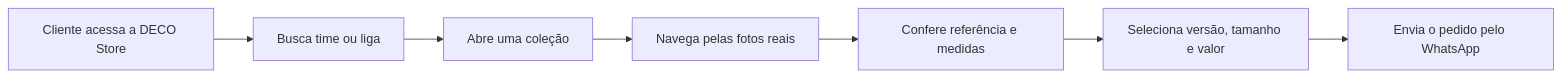
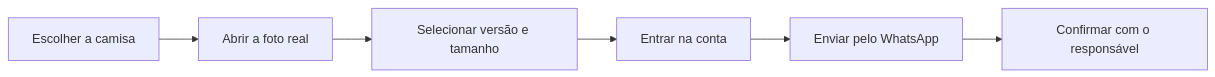
The diagram in README.md (Victor-Hugo-A/deco-store), drawn with Mermaid before and after one commit. The commit also changed other lines of this file, not shown here.

Commit message:
Fix: README atualizado conforme os ajustes do app

````diff
--- a/README.md
+++ b/README.md
@@ -40,9 +45,8 @@
 ```mermaid
 flowchart LR
-  A[Cliente acessa a DECO Store] --> B[Busca time ou liga]
-  B --> C[Abre uma coleção]
-  C --> D[Navega pelas fotos reais]
-  D --> E[Confere referência e medidas]
-  E --> F[Seleciona versão, tamanho e valor]
-  F --> G[Envia o pedido pelo WhatsApp]
+  A[Escolher a camisa] --> B[Abrir a foto real]
+  B --> C[Selecionar versão e tamanho]
+  C --> D[Entrar na conta]
+  D --> E[Enviar pelo WhatsApp]
+  E --> F[Confirmar com o responsável]
 ```
````
